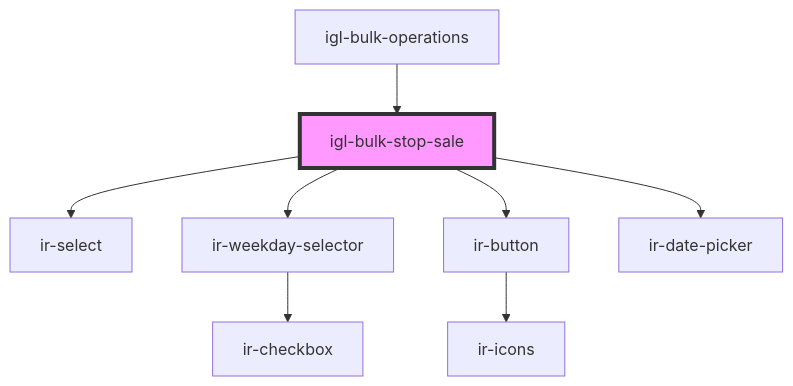
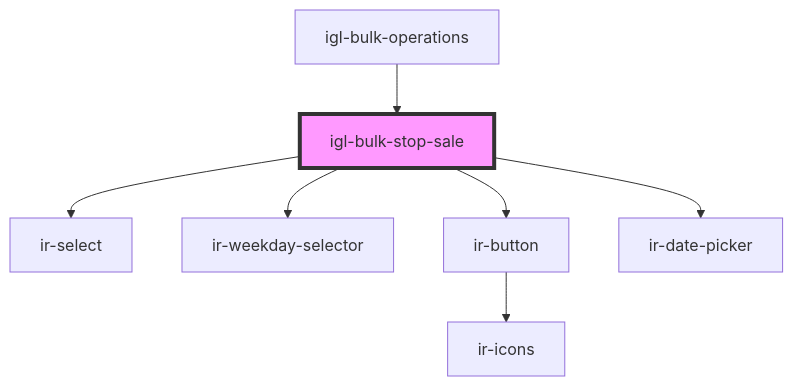
One commit to RonyRizk/ir-webcmp changed the diagram in src/components/igloo-calendar/igl-bulk-operations/igl-bulk-stop-sale/readme.md. Above: the diagram before and after it, drawn with Mermaid. The commit also changed 12 other files, not shown here.

````diff
--- a/src/components/igloo-calendar/igl-bulk-operations/igl-bulk-stop-sale/readme.md
+++ b/src/components/igloo-calendar/igl-bulk-operations/igl-bulk-stop-sale/readme.md
@@ -38,11 +38,10 @@
 ```mermaid
 graph TD;
   igl-bulk-stop-sale --> ir-select
   igl-bulk-stop-sale --> ir-weekday-selector
   igl-bulk-stop-sale --> ir-button
   igl-bulk-stop-sale --> ir-date-picker
-  ir-weekday-selector --> ir-checkbox
   ir-button --> ir-icons
   igl-bulk-operations --> igl-bulk-stop-sale
   style igl-bulk-stop-sale fill:#f9f,stroke:#333,stroke-width:4px
 ```
````
